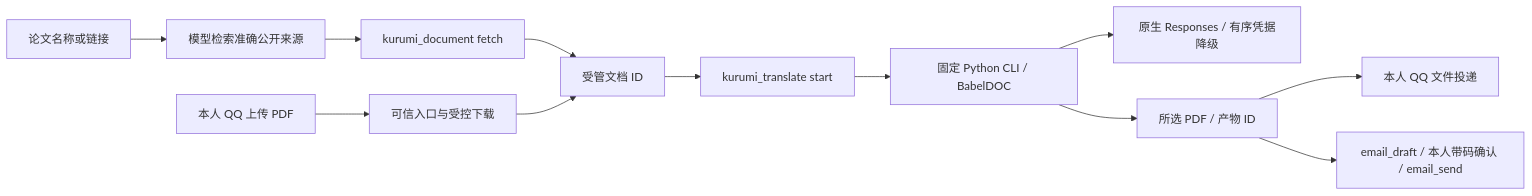
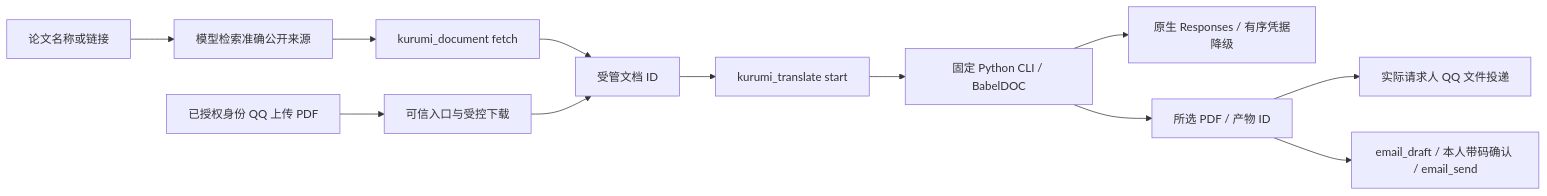
Before and after one commit to zsh-afrangry/MyBot: the diagram in docs/22_论文PDF翻译与文件投递.md, drawn with Mermaid. The commit also changed other lines of this file and 35 other files, not shown here.

````diff
--- a/docs/22_论文PDF翻译与文件投递.md
+++ b/docs/22_论文PDF翻译与文件投递.md
@@ -202,14 +55,14 @@
 ```mermaid
 flowchart LR
     A[论文名称或链接] --> B[模型检索准确公开来源]
     B --> C[kurumi_document fetch]
-    D[本人 QQ 上传 PDF] --> E[可信入口与受控下载]
+    D[已授权身份 QQ 上传 PDF] --> E[可信入口与受控下载]
     C --> F[受管文档 ID]
     E --> F
     F --> G[kurumi_translate start]
     G --> H[固定 Python CLI / BabelDOC]
     H --> I[原生 Responses / 有序凭据降级]
     H --> J[所选 PDF / 产物 ID]
-    J --> K[本人 QQ 文件投递]
+    J --> K[实际请求人 QQ 文件投递]
     J --> L[email_draft / 本人带码确认 / email_send]
 ```
````
